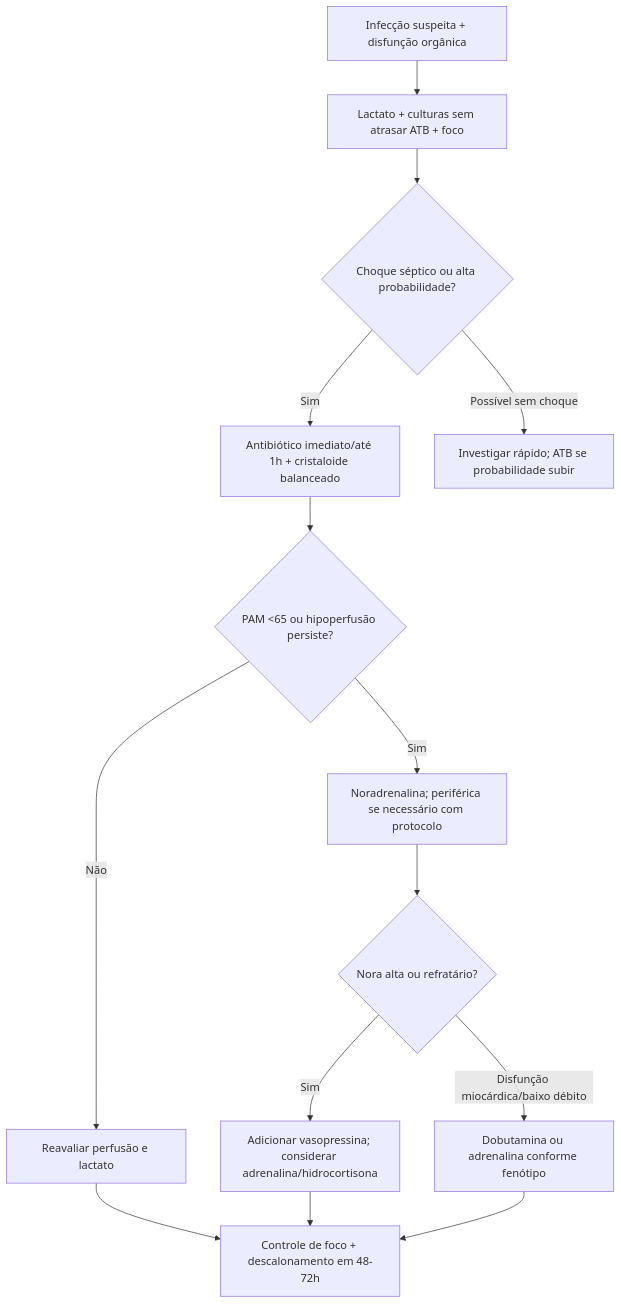
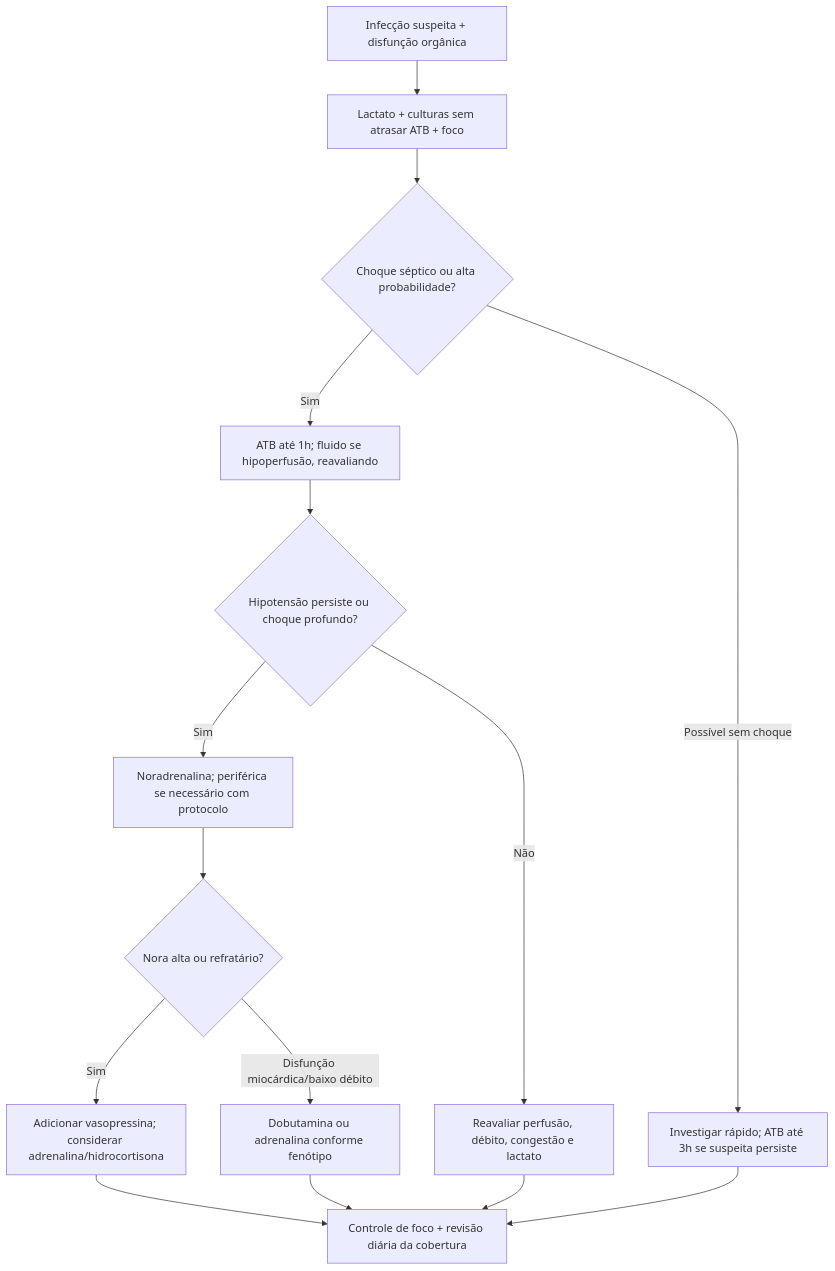
One commit to ThiagoPersona/emergencia26 changed the second of 3 diagrams in Intensivao/temas/006_choque-sepse-vasoativos.md. Above: the diagram before and after it, drawn with Mermaid. The commit also changed other lines of this file and 5 other files, not shown here.

````diff
--- a/Intensivao/temas/006_choque-sepse-vasoativos.md
+++ b/Intensivao/temas/006_choque-sepse-vasoativos.md
@@ -204,16 +206,17 @@
 ```mermaid
 flowchart TD
     A["Infecção suspeita + disfunção orgânica"] --> B["Lactato + culturas sem atrasar ATB + foco"]
     B --> C{"Choque séptico ou alta probabilidade?"}
-    C -->|Sim| D["Antibiótico imediato/até 1h + cristaloide balanceado"]
-    C -->|Possível sem choque| E["Investigar rápido; ATB se probabilidade subir"]
-    D --> F{"PAM <65 ou hipoperfusão persiste?"}
+    C -->|Sim| D["ATB até 1h; fluido se hipoperfusão, reavaliando"]
+    C -->|Possível sem choque| E["Investigar rápido; ATB até 3h se suspeita persiste"]
+    D --> F{"Hipotensão persiste ou choque profundo?"}
     F -->|Sim| G["Noradrenalina; periférica se necessário com protocolo"]
-    F -->|Não| H["Reavaliar perfusão e lactato"]
+    F -->|Não| H["Reavaliar perfusão, débito, congestão e lactato"]
     G --> I{"Nora alta ou refratário?"}
     I -->|Sim| J["Adicionar vasopressina; considerar adrenalina/hidrocortisona"]
     I -->|Disfunção miocárdica/baixo débito| K["Dobutamina ou adrenalina conforme fenótipo"]
-    H --> L["Controle de foco + descalonamento em 48-72h"]
+    H --> L["Controle de foco + revisão diária da cobertura"]
+    E --> L
     J --> L
     K --> L
 ```
````
